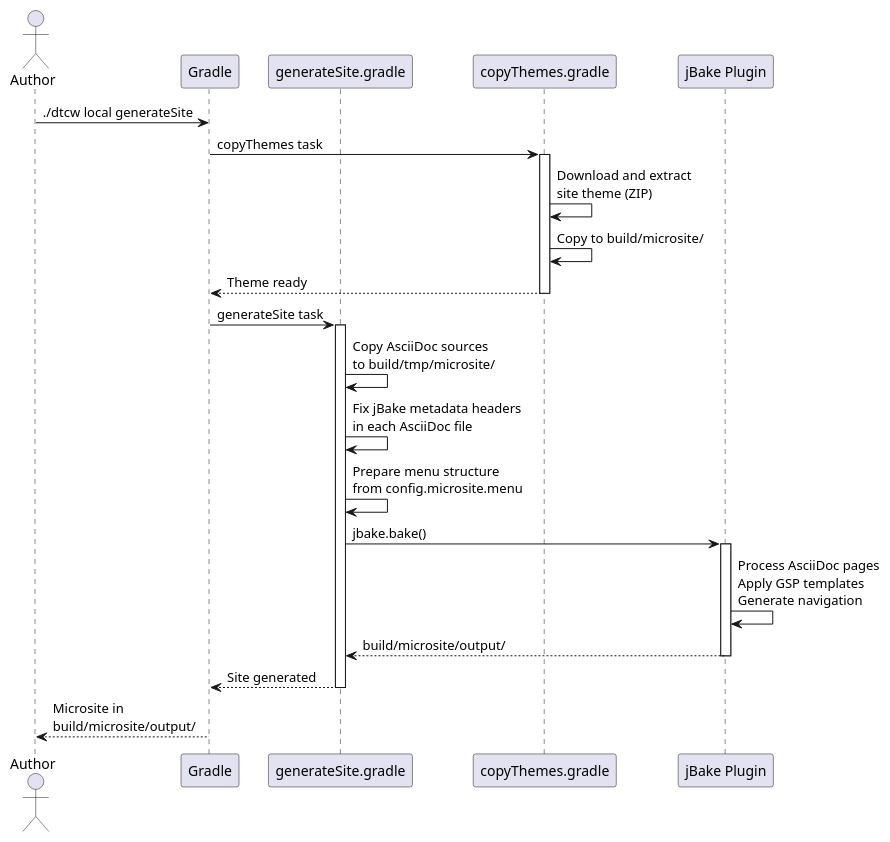
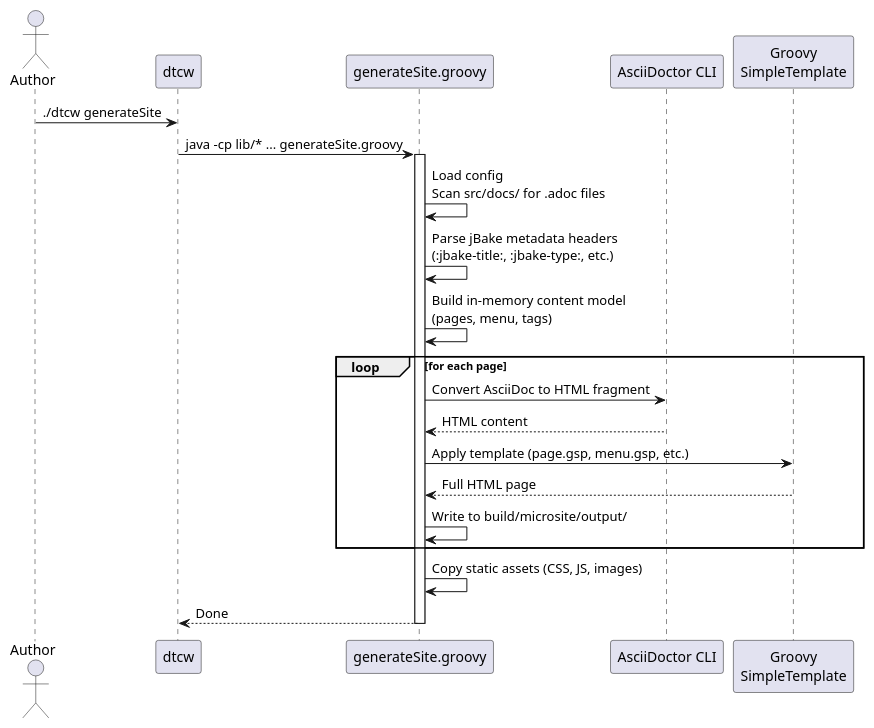
The fourth of 4 diagrams in src/docs/arc42/chapters/06_runtime_view.adoc (raifdmueller/docToolchain), drawn with PlantUML before and after one commit. The commit also changed other lines of this file and 31 other files, not shown here.

First line of the commit message:
docs: v4 architecture — PRD, specification, ADRs, quality scenarios

```diff
--- a/src/docs/arc42/chapters/06_runtime_view.adoc
+++ b/src/docs/arc42/chapters/06_runtime_view.adoc
@@ -204,33 +141,29 @@
-[plantuml,runtime-site,png]
+[plantuml,runtime-site-v4,png]
 ----
 @startuml
 actor "Author" as user
-participant "Gradle" as gradle
-participant "generateSite.gradle" as gen
-participant "copyThemes.gradle" as theme
-participant "jBake Plugin" as jbake
+participant "dtcw" as dtcw
+participant "generateSite.groovy" as gen
+participant "AsciiDoctor CLI" as asciidoc
+participant "Groovy\nSimpleTemplate" as tmpl
 
-user -> gradle : ./dtcw local generateSite
-gradle -> theme : copyThemes task
-activate theme
-theme -> theme : Download and extract\nsite theme (ZIP)
-theme -> theme : Copy to build/microsite/
-theme --> gradle : Theme ready
-deactivate theme
+user -> dtcw : ./dtcw generateSite
+dtcw -> gen : java -cp lib/* ... generateSite.groovy
+activate gen
+gen -> gen : Load config\nScan src/docs/ for .adoc files
+gen -> gen : Parse jBake metadata headers\n(:jbake-title:, :jbake-type:, etc.)
+gen -> gen : Build in-memory content model\n(pages, menu, tags)
 
-gradle -> gen : generateSite task
-activate gen
-gen -> gen : Copy AsciiDoc sources\nto build/tmp/microsite/
-gen -> gen : Fix jBake metadata headers\nin each AsciiDoc file
-gen -> gen : Prepare menu structure\nfrom config.microsite.menu
-gen -> jbake : jbake.bake()
-activate jbake
-jbake -> jbake : Process AsciiDoc pages\nApply GSP templates\nGenerate navigation
-jbake --> gen : build/microsite/output/
-deactivate jbake
-gen --> gradle : Site generated
+loop for each page
+    gen -> asciidoc : Convert AsciiDoc to HTML fragment
+    asciidoc --> gen : HTML content
+    gen -> tmpl : Apply template (page.gsp, menu.gsp, etc.)
+    tmpl --> gen : Full HTML page
+    gen -> gen : Write to build/microsite/output/
+end
+
+gen -> gen : Copy static assets (CSS, JS, images)
+gen --> dtcw : Done
 deactivate gen
-
-gradle --> user : Microsite in\nbuild/microsite/output/
 @enduml
 ----
```
